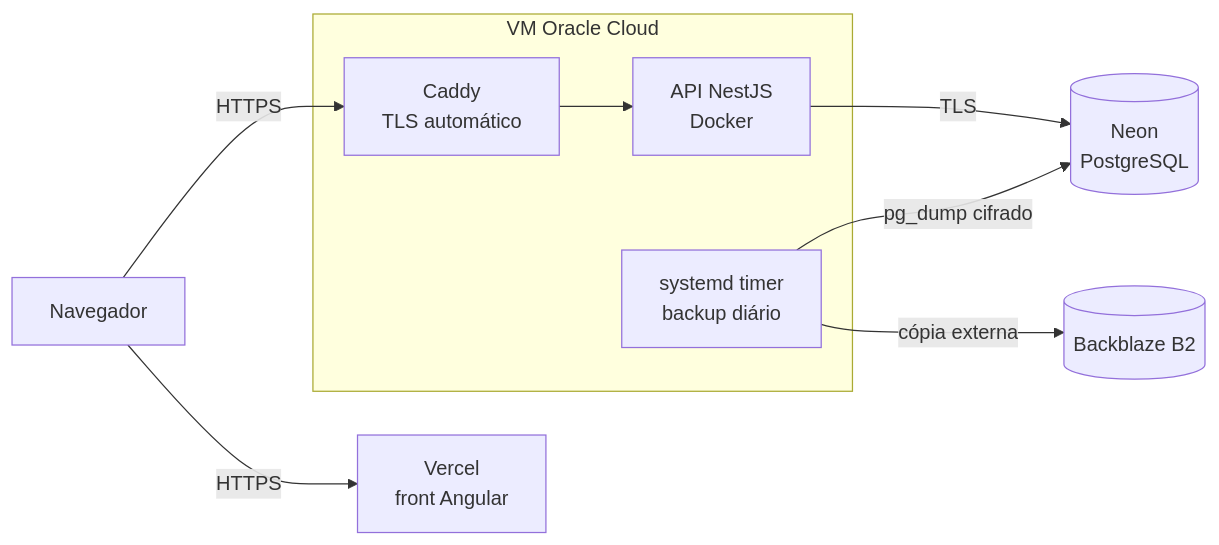
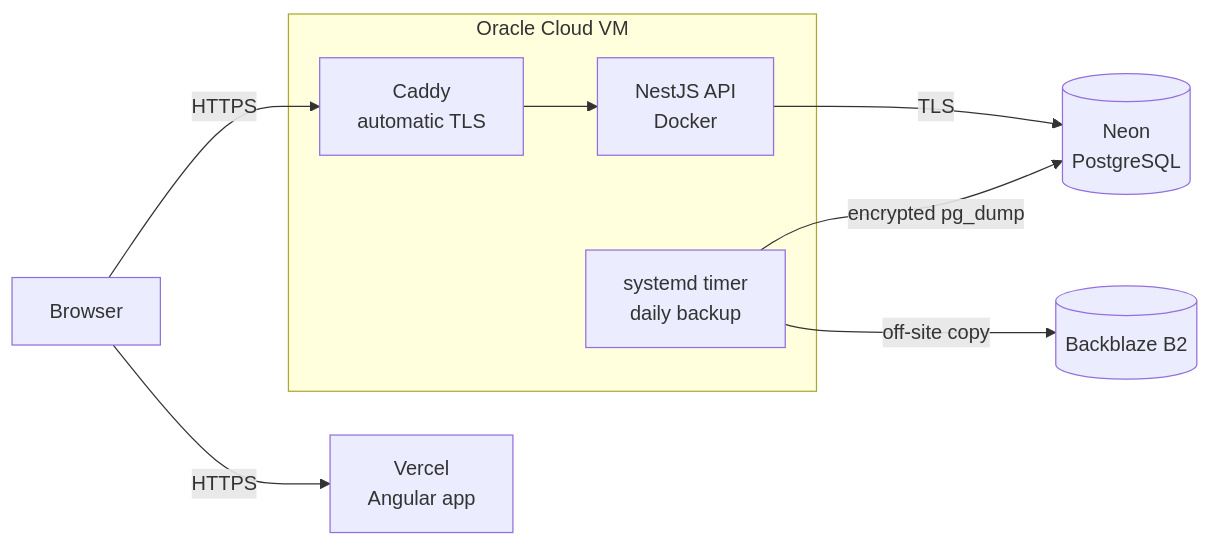
Before and after one commit to guiGocksAfK/EscolaImaculada-backend: the diagram in README.md, drawn with Mermaid. The commit also changed other lines of this file, not shown here.

````diff
--- a/README.md
+++ b/README.md
@@ -34,12 +36,12 @@
 ```mermaid
 flowchart LR
-    U[Navegador] -->|HTTPS| V[Vercel<br/>front Angular]
+    U[Browser] -->|HTTPS| V[Vercel<br/>Angular app]
     U -->|HTTPS| C
-    subgraph VM[VM Oracle Cloud]
-        C[Caddy<br/>TLS automático] --> A[API NestJS<br/>Docker]
-        T[systemd timer<br/>backup diário]
+    subgraph VM[Oracle Cloud VM]
+        C[Caddy<br/>automatic TLS] --> A[NestJS API<br/>Docker]
+        T[systemd timer<br/>daily backup]
     end
     A -->|TLS| N[(Neon<br/>PostgreSQL)]
-    T -->|pg_dump cifrado| N
-    T -->|cópia externa| B[(Backblaze B2)]
+    T -->|encrypted pg_dump| N
+    T -->|off-site copy| B[(Backblaze B2)]
 ```
````
